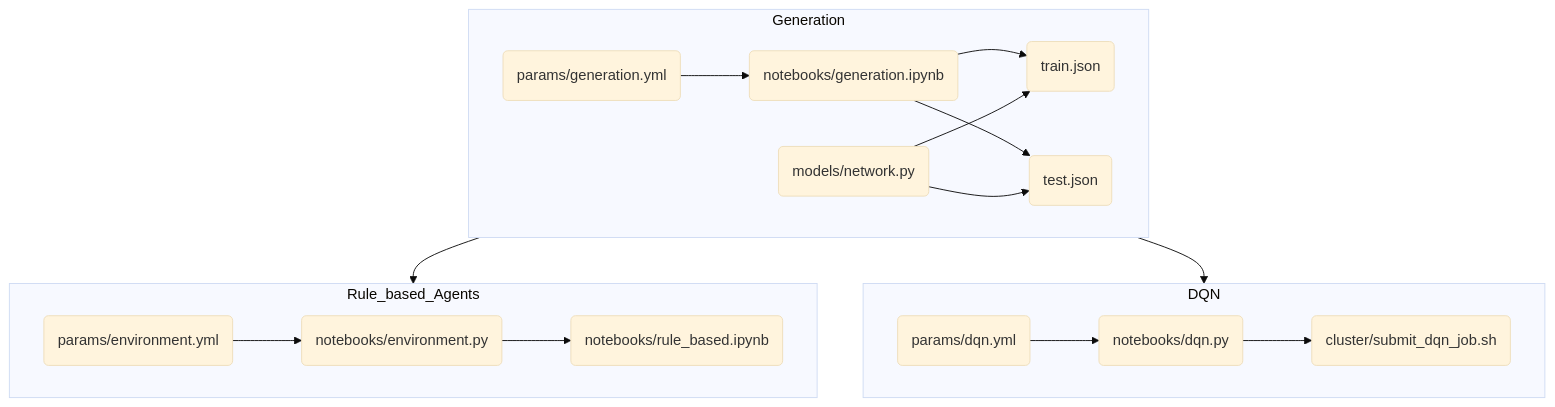
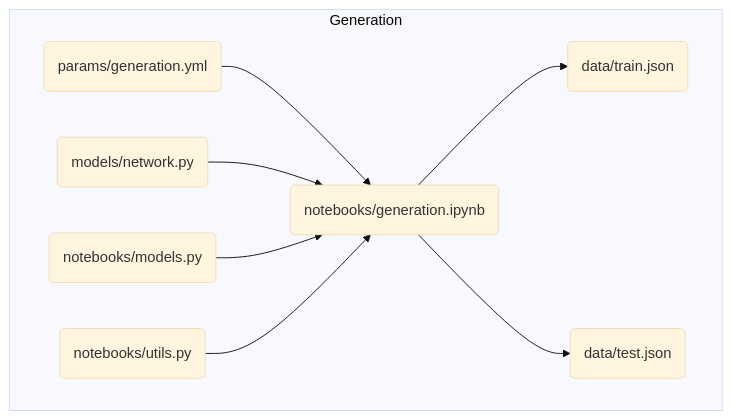
Before and after one commit to LBrinkmann/reward-network-iii-algorithm: the first of 3 diagrams in README.md, drawn with Mermaid (base theme). The commit also changed other lines of this file, not shown here.

````diff
--- a/README.md
+++ b/README.md
@@ -29,27 +32,13 @@
 ```mermaid
 
 flowchart TD
 
 subgraph Generation
 A(params/generation.yml) --> B(notebooks/generation.ipynb)
-B(notebooks/generation.ipynb) --> C(train.json)
-B(notebooks/generation.ipynb) --> X(test.json)
-W(models/network.py) --> C(train.json)
-W(models/network.py) --> X(test.json)
+W(models/network.py) --> B(notebooks/generation.ipynb)
+H(notebooks/models.py) --> B(notebooks/generation.ipynb)
+G(notebooks/utils.py) --> B(notebooks/generation.ipynb)
+B(notebooks/generation.ipynb) --> C(data/train.json)
+B(notebooks/generation.ipynb) --> X(data/test.json)
 end
-
-subgraph Rule_based_Agents
-D(params/environment.yml) --> E(notebooks/environment.py) 
-E(notebooks/environment.py) --> F(notebooks/rule_based.ipynb)
-end
-
-subgraph DQN
-G(params/dqn.yml) --> H(notebooks/dqn.py)
-H(notebooks/dqn.py) --> I(cluster/submit_dqn_job.sh)
-end
-
-
-Generation --> Rule_based_Agents
-Generation --> DQN
-
 ```
````
